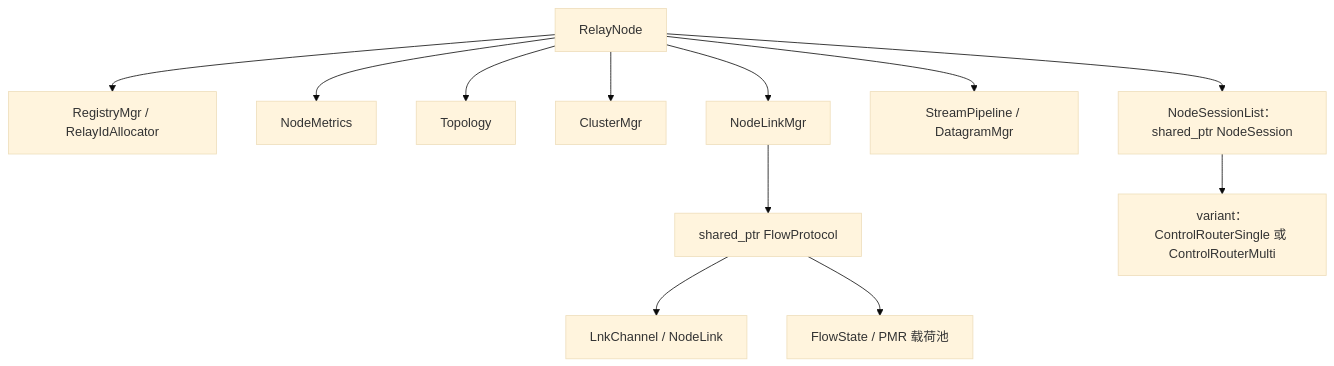
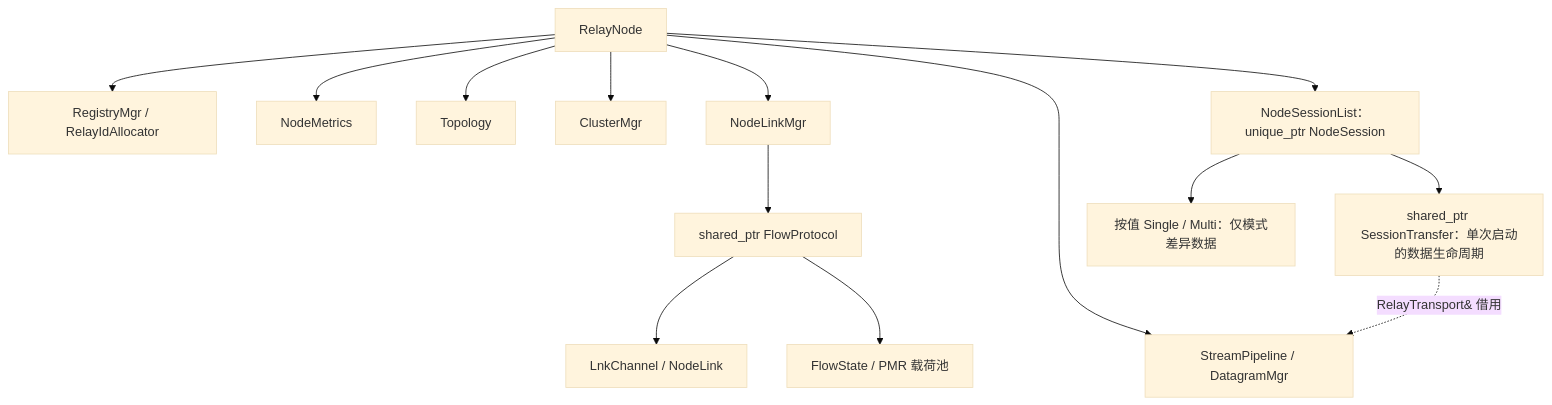
One commit to Xtinc/relayweave changed the third of 20 diagrams in docs/RelayWeave设计.md. Above: the diagram before and after it, drawn with Mermaid (base theme). The commit also changed other lines of this file and 48 other files, not shown here.

````diff
--- a/docs/RelayWeave设计.md
+++ b/docs/RelayWeave设计.md
@@ -181,14 +182,16 @@
 ```mermaid
 flowchart TD
     Root["RelayNode"] --> Registry["RegistryMgr / RelayIdAllocator"]
     Root --> Metrics["NodeMetrics"]
     Root --> Topology["Topology"]
     Root --> Cluster["ClusterMgr"]
     Root --> Manager["NodeLinkMgr"]
     Manager --> Protocol["shared_ptr FlowProtocol"]
     Protocol --> Link["LnkChannel / NodeLink"]
     Protocol --> Flows["FlowState / PMR 载荷池"]
     Root --> Pipelines["StreamPipeline / DatagramMgr"]
-    Root --> Sessions["NodeSessionList：shared_ptr NodeSession"]
-    Sessions --> Router["variant：ControlRouterSingle 或 ControlRouterMulti"]
+    Root --> Sessions["NodeSessionList：unique_ptr NodeSession"]
+    Sessions --> Mode["按值 Single / Multi：仅模式差异数据"]
+    Sessions --> DataTask["shared_ptr SessionTransfer：单次启动的数据生命周期"]
+    DataTask -. "RelayTransport& 借用" .-> Pipelines
 ```
````
